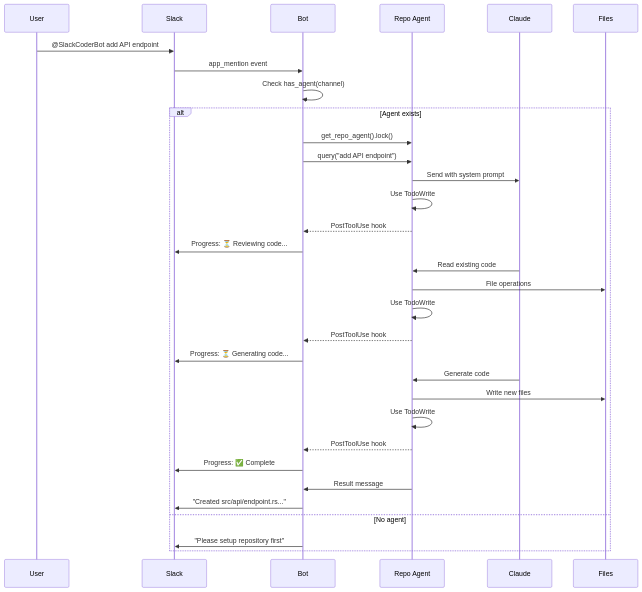
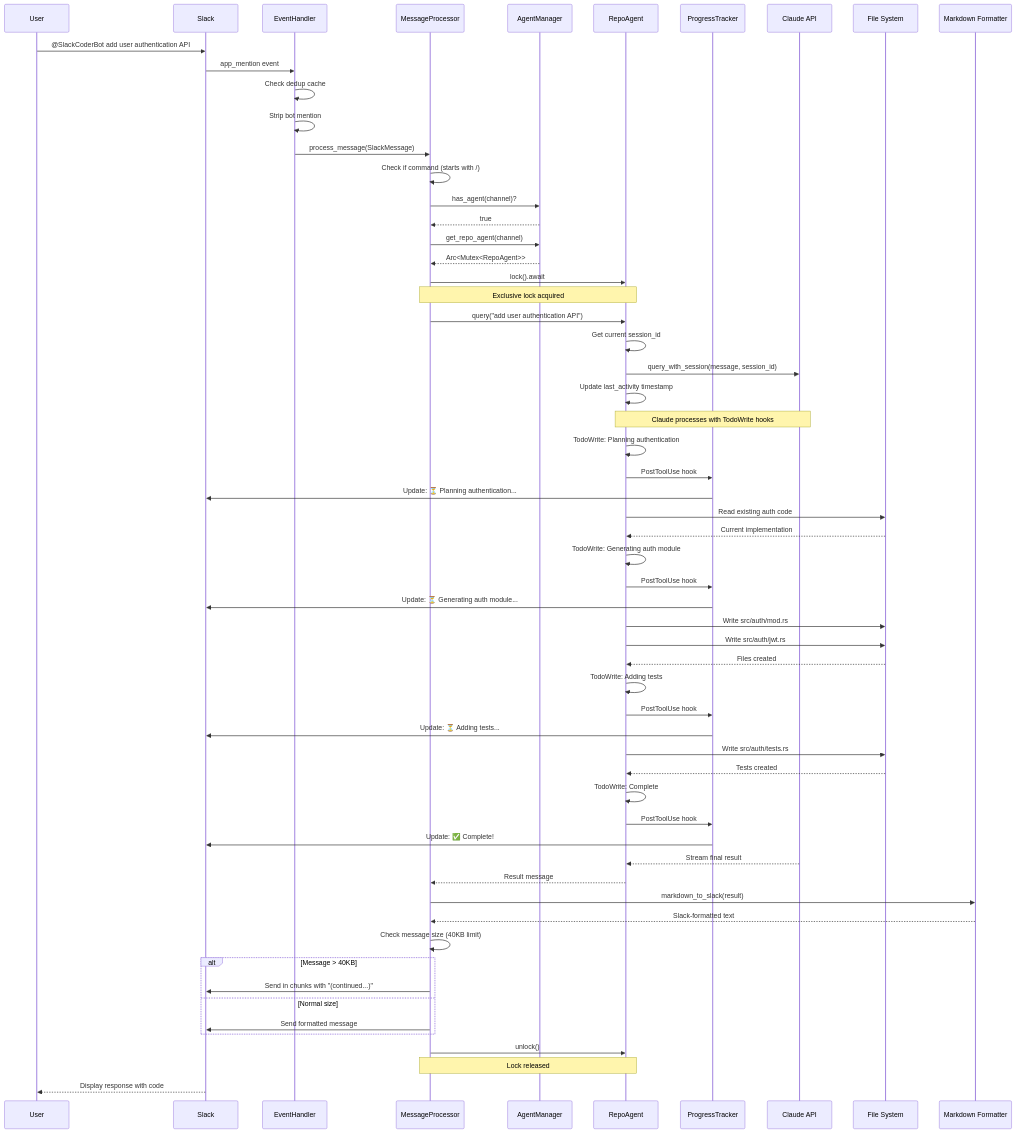
One commit to tyrchen/slack-coder changed the fifth of 9 diagrams in README.md. Above: the diagram before and after it, drawn with Mermaid. The commit also changed other lines of this file and 1 other file, not shown here.

````diff
--- a/README.md
+++ b/README.md
@@ -129,42 +247,80 @@
 ```mermaid
 sequenceDiagram
     participant U as User
     participant S as Slack
-    participant B as Bot
-    participant R as Repo Agent
-    participant C as Claude
-    participant F as Files
+    participant EH as EventHandler
+    participant MP as MessageProcessor
+    participant AM as AgentManager
+    participant RA as RepoAgent
+    participant PT as ProgressTracker
+    participant C as Claude API
+    participant FS as File System
+    participant MD as Markdown Formatter
 
-    U->>S: @SlackCoderBot add API endpoint
-    S->>B: app_mention event
-    B->>B: Check has_agent(channel)
+    U->>S: @SlackCoderBot add user authentication API
+    S->>EH: app_mention event
+    EH->>EH: Check dedup cache
+    EH->>EH: Strip bot mention
 
-    alt Agent exists
-        B->>R: get_repo_agent().lock()
-        B->>R: query("add API endpoint")
-        R->>C: Send with system prompt
+    EH->>MP: process_message(SlackMessage)
+    MP->>MP: Check if command (starts with /)
+    MP->>AM: has_agent(channel)?
+    AM-->>MP: true
 
-        R->>R: Use TodoWrite
-        R-->>B: PostToolUse hook
-        B->>S: Progress: ⏳ Reviewing code...
+    MP->>AM: get_repo_agent(channel)
+    AM-->>MP: Arc<Mutex<RepoAgent>>
 
-        C->>R: Read existing code
-        R->>F: File operations
+    MP->>RA: lock().await
+    Note over MP,RA: Exclusive lock acquired
 
-        R->>R: Use TodoWrite
-        R-->>B: PostToolUse hook
-        B->>S: Progress: ⏳ Generating code...
+    MP->>RA: query("add user authentication API")
+    RA->>RA: Get current session_id
+    RA->>C: query_with_session(message, session_id)
+    RA->>RA: Update last_activity timestamp
 
-        C->>R: Generate code
-        R->>F: Write new files
+    Note over RA,C: Claude processes with TodoWrite hooks
 
-        R->>R: Use TodoWrite
-        R-->>B: PostToolUse hook
-        B->>S: Progress: ✅ Complete
+    RA->>RA: TodoWrite: Planning authentication
+    RA->>PT: PostToolUse hook
+    PT->>S: Update: ⏳ Planning authentication...
 
-        R->>B: Result message
-        B->>S: "Created src/api/endpoint.rs..."
-    else No agent
-        B->>S: "Please setup repository first"
+    RA->>FS: Read existing auth code
+    FS-->>RA: Current implementation
+
+    RA->>RA: TodoWrite: Generating auth module
+    RA->>PT: PostToolUse hook
+    PT->>S: Update: ⏳ Generating auth module...
+
+    RA->>FS: Write src/auth/mod.rs
+    RA->>FS: Write src/auth/jwt.rs
+    FS-->>RA: Files created
+
+    RA->>RA: TodoWrite: Adding tests
+    RA->>PT: PostToolUse hook
+    PT->>S: Update: ⏳ Adding tests...
+
+    RA->>FS: Write src/auth/tests.rs
+    FS-->>RA: Tests created
+
+    RA->>RA: TodoWrite: Complete
+    RA->>PT: PostToolUse hook
+    PT->>S: Update: ✅ Complete!
+
+    C-->>RA: Stream final result
+    RA-->>MP: Result message
+
+    MP->>MD: markdown_to_slack(result)
+    MD-->>MP: Slack-formatted text
+
+    MP->>MP: Check message size (40KB limit)
+    alt Message > 40KB
+        MP->>S: Send in chunks with "(continued...)"
+    else Normal size
+        MP->>S: Send formatted message
     end
+
+    MP->>RA: unlock()
+    Note over MP,RA: Lock released
+
+    S-->>U: Display response with code
 ```
````
